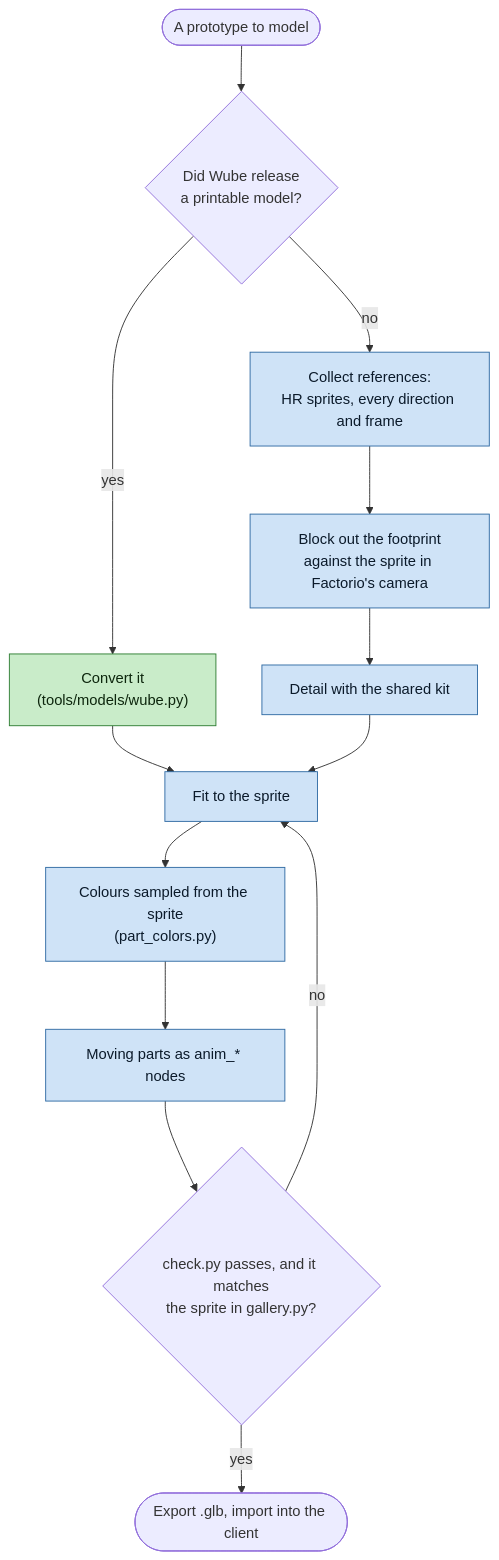
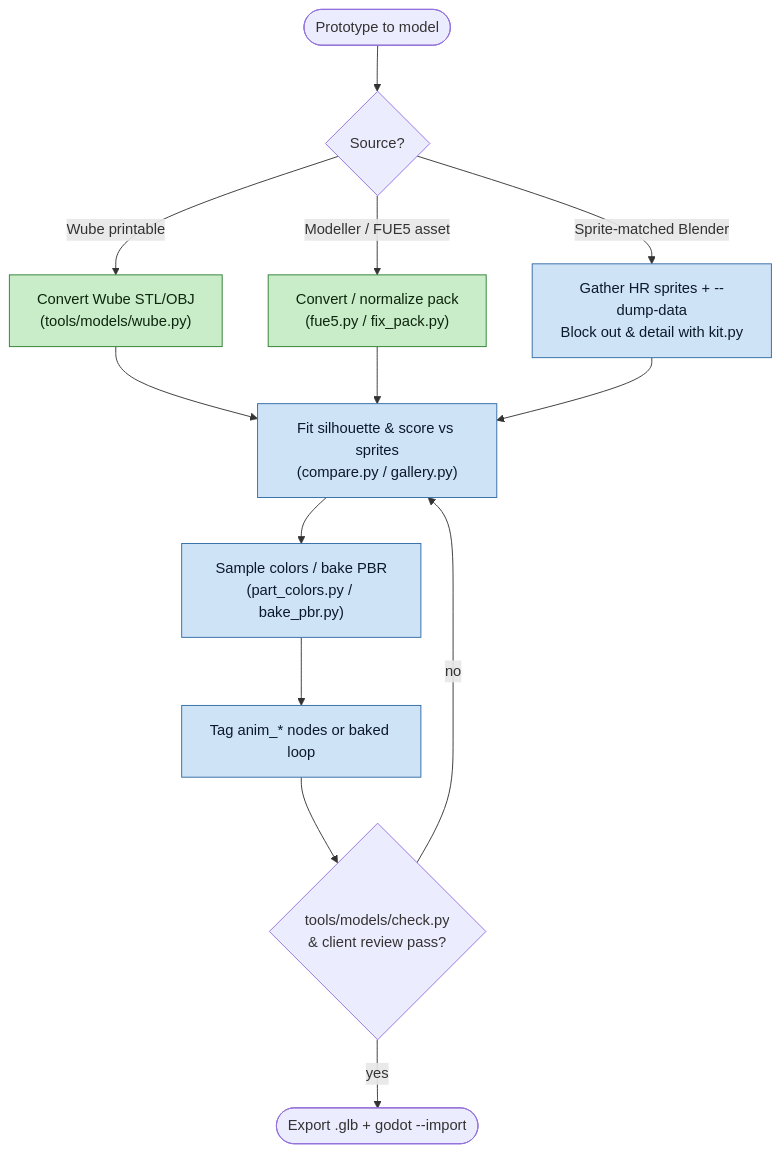
One commit to Zenith-3D-Team/Zenith changed the third of 3 diagrams in docs/PLAN.md. Above: the diagram before and after it, drawn with Mermaid. The commit also changed other lines of this file and 1999 other files, not shown here.

````diff
--- a/docs/PLAN.md
+++ b/docs/PLAN.md
@@ -197,20 +113,22 @@
 ```mermaid
 flowchart TD
-    START(["A prototype to model"]) --> W{"Did Wube release<br/>a printable model?"}
-    W -- yes --> CONV["Convert it<br/>(tools/models/wube.py)"]
-    W -- no --> REF["Collect references:<br/>HR sprites, every direction and frame"]
-    REF --> BLOCK["Block out the footprint<br/>against the sprite in Factorio's camera"]
-    BLOCK --> KIT["Detail with the shared kit"]
-    CONV --> FIT["Fit to the sprite"]
-    KIT --> FIT
-    FIT --> COL["Colours sampled from the sprite<br/>(part_colors.py)"]
-    COL --> ANIM["Moving parts as anim_* nodes"]
-    ANIM --> CHECK{"check.py passes, and it matches<br/>the sprite in gallery.py?"}
-    CHECK -- no --> FIT
-    CHECK -- yes --> DONE(["Export .glb, import into the client"])
+    START(["Prototype to model"]) --> SRC{"Source?"}
+    SRC -- "Wube printable" --> WUBE["Convert Wube STL/OBJ<br/>(tools/models/wube.py)"]
+    SRC -- "Modeller / FUE5 asset" --> ADAPT["Convert / normalize pack<br/>(fue5.py / fix_pack.py)"]
+    SRC -- "Sprite-matched Blender" --> REF["Gather HR sprites + --dump-data<br/>Block out & detail with kit.py"]
+
+    WUBE --> FIT["Fit silhouette & score vs sprites<br/>(compare.py / gallery.py)"]
+    ADAPT --> FIT
+    REF --> FIT
+
+    FIT --> COL["Sample colors / bake PBR<br/>(part_colors.py / bake_pbr.py)"]
+    COL --> ANIM["Tag anim_* nodes or baked loop"]
+    ANIM --> CHK{"tools/models/check.py<br/>& client review pass?"}
+    CHK -- no --> FIT
+    CHK -- yes --> EXP(["Export .glb + godot --import"])
 
     classDef wube fill:#c9ecc9,stroke:#2e7d32,color:#0d260d
     classDef step fill:#cfe3f7,stroke:#2f6aa3,color:#0b1a2a
-    class CONV wube
-    class REF,BLOCK,KIT,FIT,COL,ANIM step
+    class WUBE,ADAPT wube
+    class REF,FIT,COL,ANIM step
 ```
````
